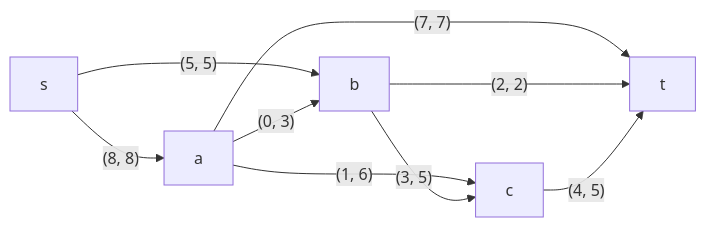
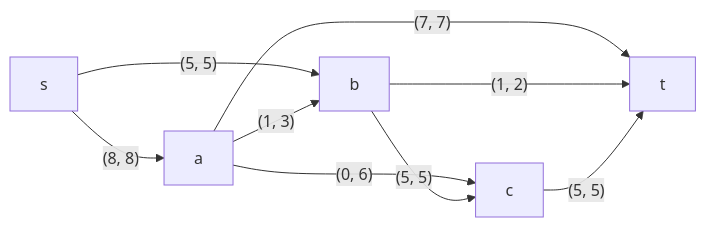
The sixth of 7 diagrams in task-9/goidaz.md (hse-algo-24-crow/manual-tasks-crow), drawn with Mermaid before and after one commit. The commit also changed other lines of this file, not shown here.

````diff
--- a/task-9/goidaz.md
+++ b/task-9/goidaz.md
@@ -166,11 +222,12 @@
-```mermaid
+~~~mermaid
+
 graph LR
-s -- "(8, 8)" --> a
-s -- "(5, 5)" --> b
-a -- "(0, 3)" --> b
-a -- "(1, 6)" --> c
-a -- "(7, 7)" --> t
-b -- "(3, 5)" --> c
-b -- "(2, 2)" --> t
-c -- "(4, 5)" --> t
-```
+    s-->|"(8, 8)"|a
+    s-->|"(5, 5)"|b
+    a-->|"(7, 7)"|t
+    a-->|"(1, 3)"|b
+    a-->|"(0, 6)"|c
+    b-->|"(5, 5)"|c
+    b-->|"(1, 2)"|t
+    c-->|"(5, 5)"|t
+~~~
````
